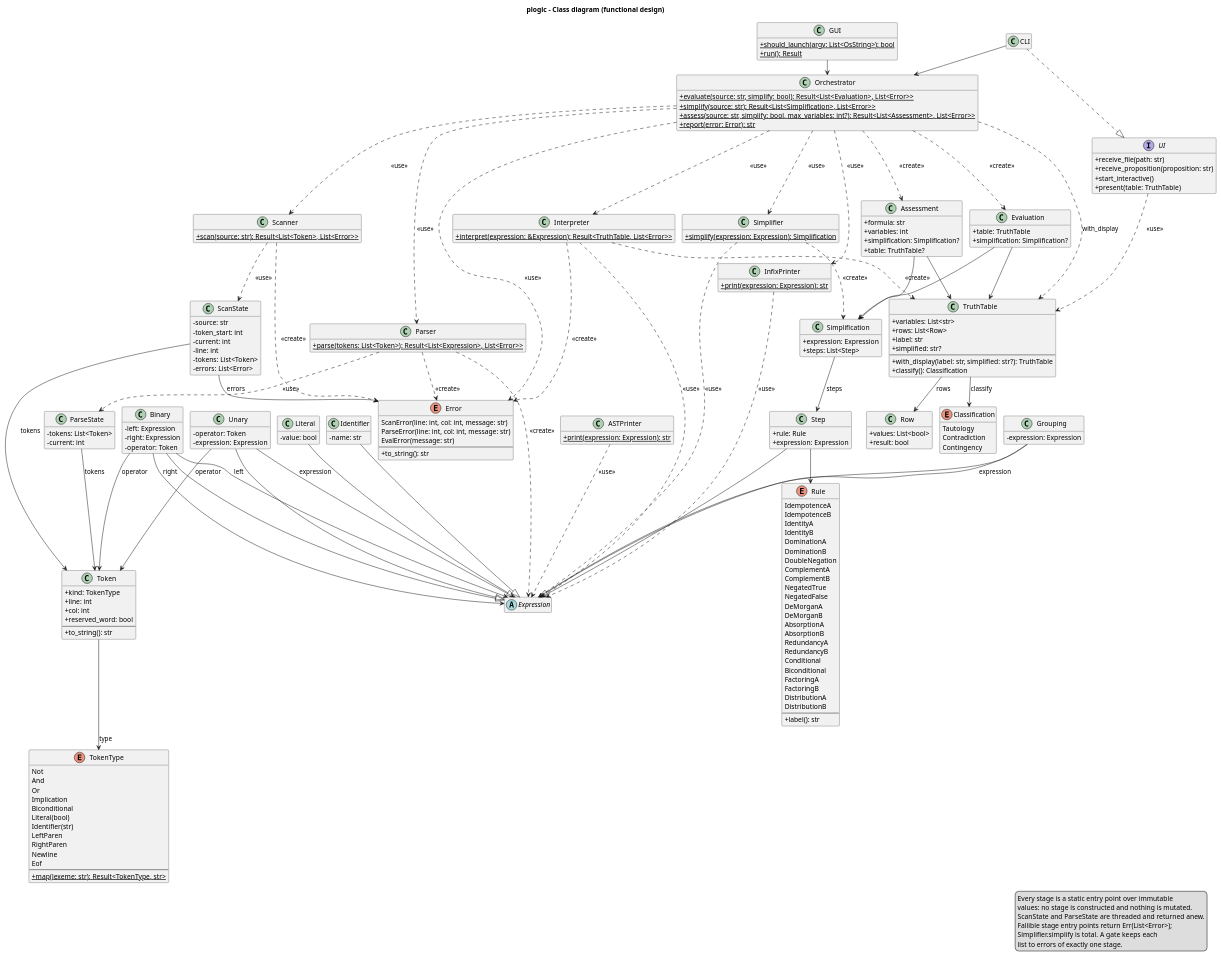
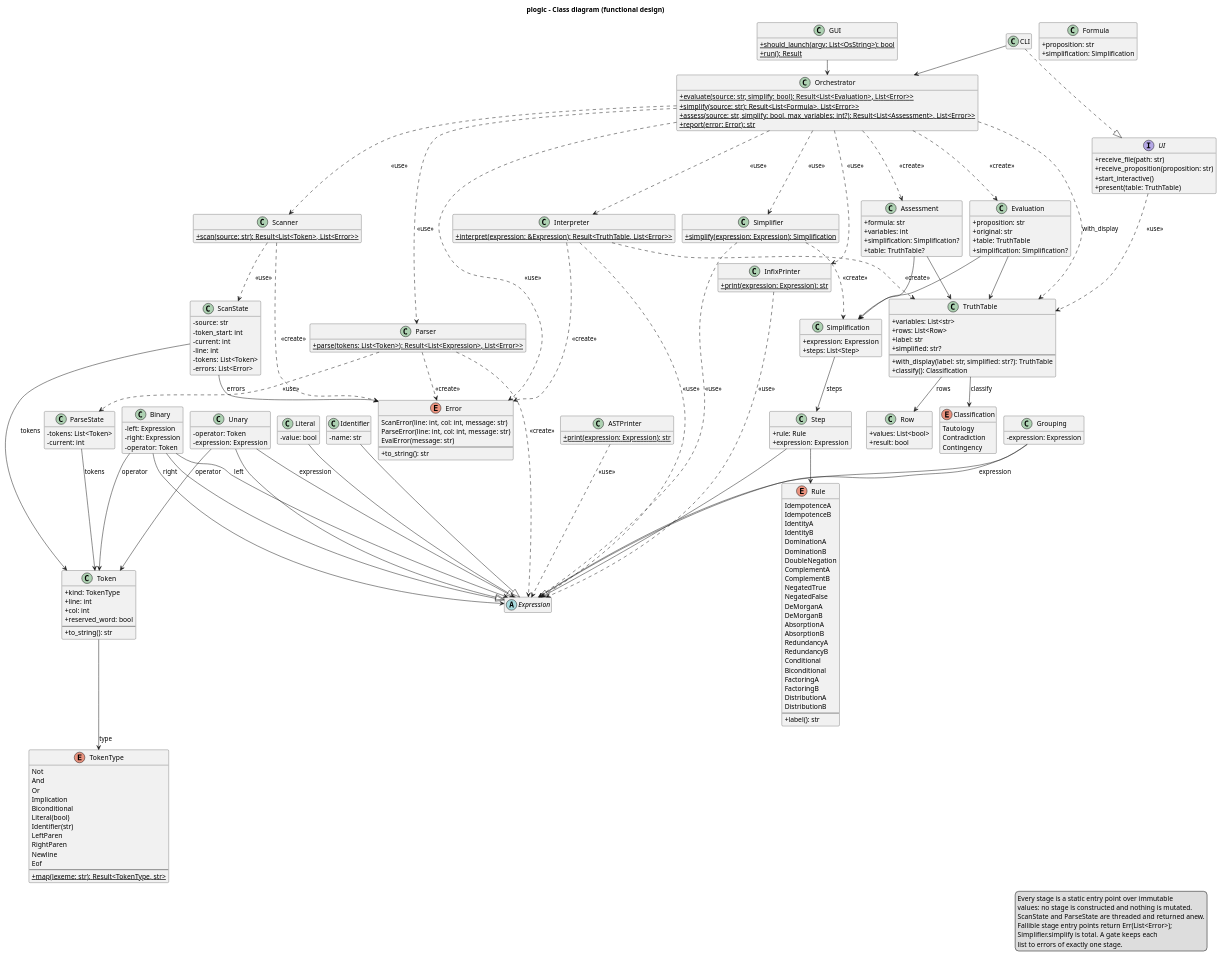
One commit to Josgtg/plogic changed the diagram in design/diagrams/class_diagram.puml. Above: the diagram before and after it, drawn with PlantUML. The commit also changed 5 other files, not shown here.

```diff
--- a/design/diagrams/class_diagram.puml
+++ b/design/diagrams/class_diagram.puml
@@ -22,14 +22,21 @@
 
 class Orchestrator {
   +{static} evaluate(source: str, simplify: bool): Result<List<Evaluation>, List<Error>>
-  +{static} simplify(source: str): Result<List<Simplification>, List<Error>>
+  +{static} simplify(source: str): Result<List<Formula>, List<Error>>
   +{static} assess(source: str, simplify: bool, max_variables: int?): Result<List<Assessment>, List<Error>>
   +{static} report(error: Error): str
 }
 
 class Evaluation {
+  +proposition: str
+  +original: str
   +table: TruthTable
   +simplification: Simplification?
+}
+
+class Formula {
+  +proposition: str
+  +simplification: Simplification
 }
 
 class Assessment {
```
